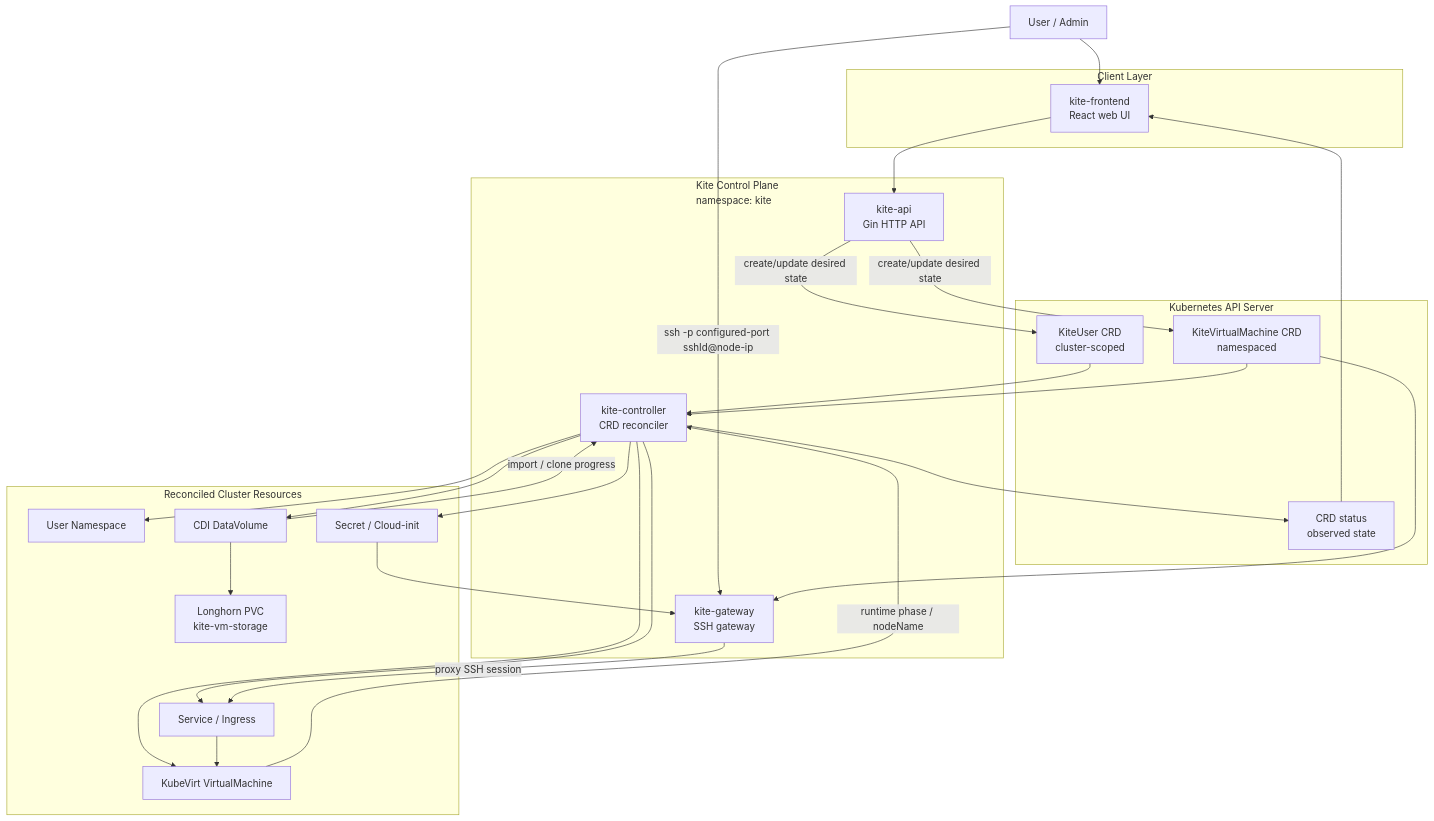
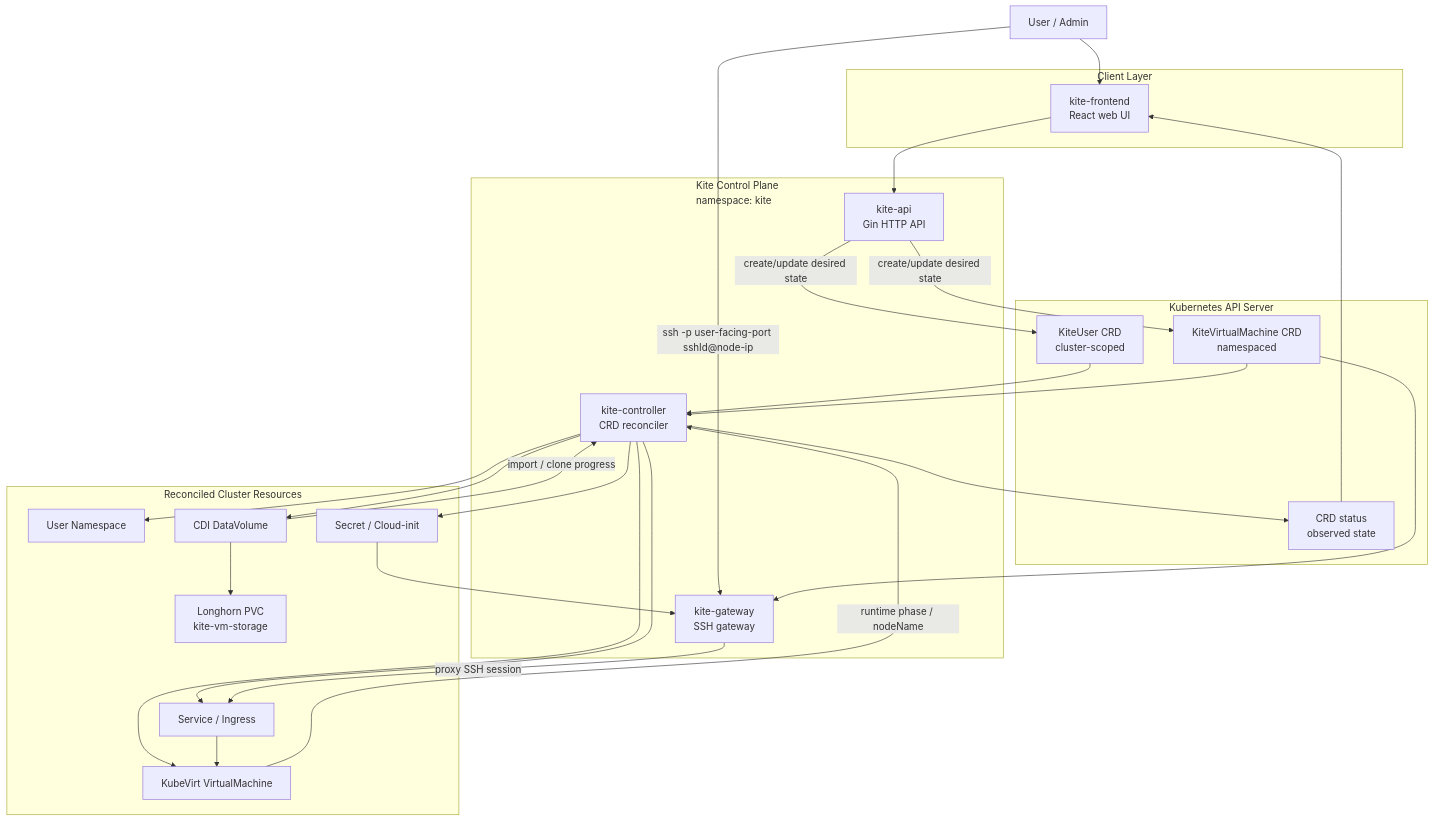
The diagram in Readme.md (Hy3ons/KiteVirtualMachines), drawn with Mermaid before and after one commit. The commit also changed other lines of this file and 32 other files, not shown here.

````diff
--- a/Readme.md
+++ b/Readme.md
@@ -12,54 +12,54 @@
 ```mermaid
 flowchart TD
     user[User / Admin]
 
     subgraph ui["Client Layer"]
         frontend["kite-frontend<br/>React web UI"]
     end
 
     subgraph control["Kite Control Plane<br/>namespace: kite"]
         api["kite-api<br/>Gin HTTP API"]
         controller["kite-controller<br/>CRD reconciler"]
         gateway["kite-gateway<br/>SSH gateway"]
     end
 
     subgraph apiServer["Kubernetes API Server"]
         kiteUser["KiteUser CRD<br/>cluster-scoped"]
         kiteVM["KiteVirtualMachine CRD<br/>namespaced"]
         status["CRD status<br/>observed state"]
     end
 
     subgraph workload["Reconciled Cluster Resources"]
         namespace["User Namespace"]
         vm["KubeVirt VirtualMachine"]
         dv["CDI DataVolume"]
         service["Service / Ingress"]
         secret["Secret / Cloud-init"]
         storage["Longhorn PVC<br/>kite-vm-storage"]
     end
 
     user --> frontend
-    user -->|"ssh -p configured-port sshId@node-ip"| gateway
+    user -->|"ssh -p user-facing-port sshId@node-ip"| gateway
     frontend --> api
     api -->|"create/update desired state"| kiteUser
     api -->|"create/update desired state"| kiteVM
 
     kiteUser --> controller
     kiteVM --> controller
     controller --> namespace
     controller --> vm
     controller --> dv
     controller --> service
     controller --> secret
     dv --> storage
 
     vm -->|"runtime phase / nodeName"| controller
     dv -->|"import / clone progress"| controller
     controller --> status
     status --> frontend
 
     kiteVM --> gateway
     secret --> gateway
     gateway -->|"proxy SSH session"| service
     service --> vm
 ```
````
